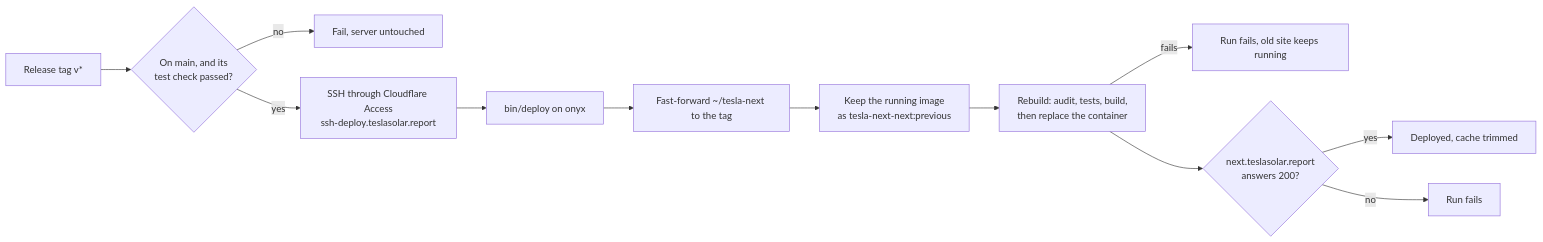
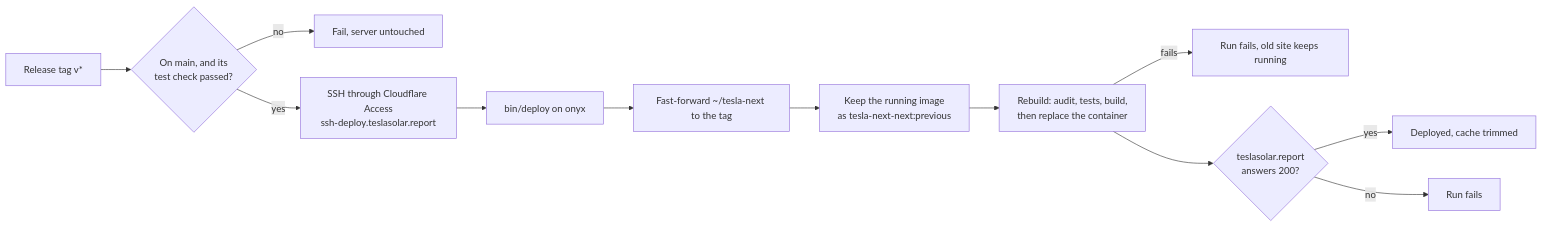
One commit to toddseller/tesla-next changed the diagram in README.md. Above: the diagram before and after it, drawn with Mermaid. The commit also changed other lines of this file and 55 other files, not shown here.

````diff
--- a/README.md
+++ b/README.md
@@ -81,14 +70,14 @@
 ```mermaid
 flowchart LR
   R[Release tag v*] --> G{On main, and its<br/>test check passed?}
   G -- no --> F[Fail, server untouched]
   G -- yes --> S[SSH through Cloudflare Access<br/>ssh-deploy.teslasolar.report]
   S --> D[bin/deploy on onyx]
   D --> M[Fast-forward ~/tesla-next to the tag]
   M --> P[Keep the running image<br/>as tesla-next-next:previous]
   P --> B[Rebuild: audit, tests, build,<br/>then replace the container]
   B -- fails --> F2[Run fails, old site keeps running]
-  B --> H{next.teslasolar.report<br/>answers 200?}
+  B --> H{teslasolar.report<br/>answers 200?}
   H -- yes --> OK[Deployed, cache trimmed]
   H -- no --> F3[Run fails]
 ```
````
